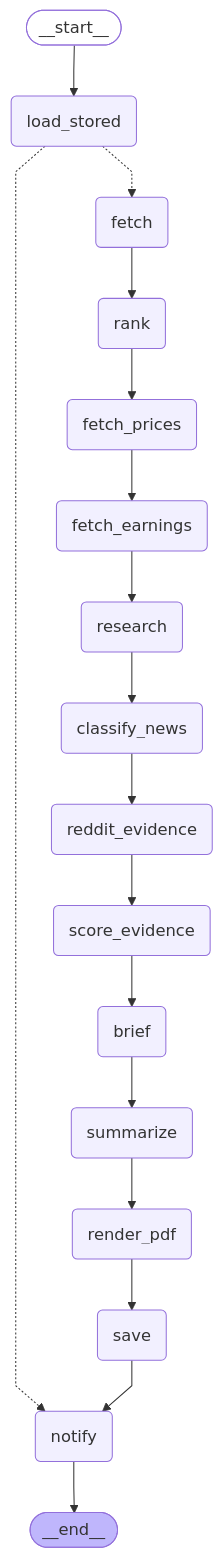
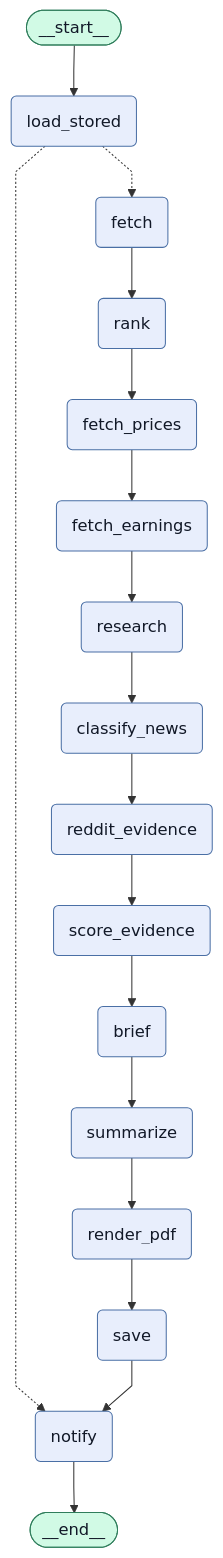
The diagram in docs/pipeline.mmd (alia4760/market-sentiment-agent), drawn with Mermaid before and after one commit. The commit also changed 2 other files, not shown here.

Commit message:
Fix diagram colours so text is readable in light and dark themes

```diff
--- a/docs/pipeline.mmd
+++ b/docs/pipeline.mmd
@@ -1,41 +1,41 @@
 ---
 config:
   flowchart:
     curve: linear
 ---
 graph TD;
 	__start__([<p>__start__</p>]):::first
 	load_stored(load_stored)
 	fetch(fetch)
 	rank(rank)
 	fetch_prices(fetch_prices)
 	fetch_earnings(fetch_earnings)
 	research(research)
 	classify_news(classify_news)
 	reddit_evidence(reddit_evidence)
 	score_evidence(score_evidence)
 	brief(brief)
 	summarize(summarize)
 	render_pdf(render_pdf)
 	save(save)
 	notify(notify)
 	__end__([<p>__end__</p>]):::last
 	__start__ --> load_stored;
 	brief --> summarize;
 	classify_news --> reddit_evidence;
 	fetch --> rank;
 	fetch_earnings --> research;
 	fetch_prices --> fetch_earnings;
 	load_stored -.-> fetch;
 	load_stored -.-> notify;
 	rank --> fetch_prices;
 	reddit_evidence --> score_evidence;
 	render_pdf --> save;
 	research --> classify_news;
 	save --> notify;
 	score_evidence --> brief;
 	summarize --> render_pdf;
 	notify --> __end__;
-	classDef default fill:#f2f0ff,line-height:1.2
-	classDef first fill-opacity:0
-	classDef last fill:#bfb6fc
+	classDef default fill:#e8eefc,stroke:#4a6fa5,color:#111827,line-height:1.2
+	classDef first fill:#d1fae5,stroke:#2f7d5b,color:#111827
+	classDef last fill:#d1fae5,stroke:#2f7d5b,color:#111827
```
